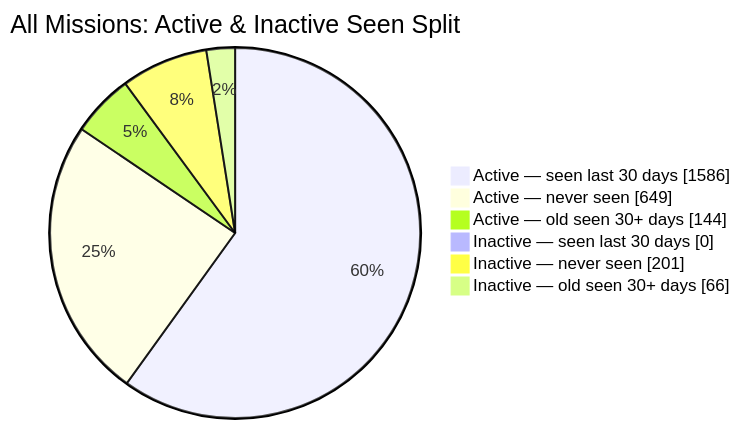
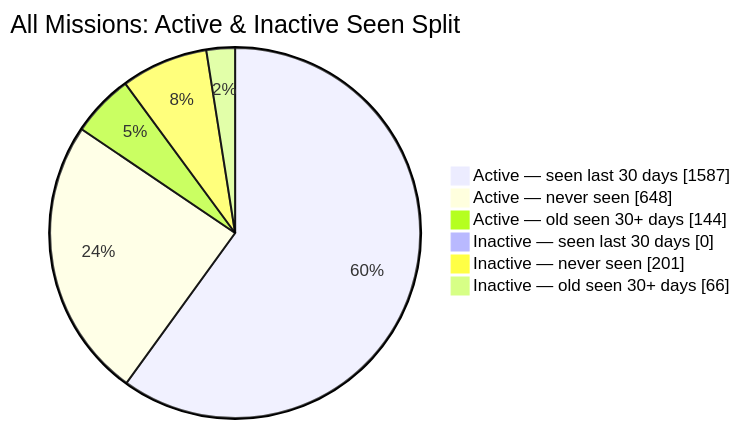
One commit to MeldkamerspelGameTeam/active-missions changed the second of 2 diagrams in README.md. Above: the diagram before and after it, drawn with Mermaid. The commit also changed other lines of this file and 3 other files, not shown here.

````diff
--- a/README.md
+++ b/README.md
@@ -44,10 +44,10 @@
 ```mermaid
 pie showData
     title All Missions: Active & Inactive Seen Split
-    "Active — seen last 30 days" : 1586
-    "Active — never seen" : 649
+    "Active — seen last 30 days" : 1587
+    "Active — never seen" : 648
     "Active — old seen 30+ days" : 144
     "Inactive — seen last 30 days" : 0
     "Inactive — never seen" : 201
     "Inactive — old seen 30+ days" : 66
 ```
````
